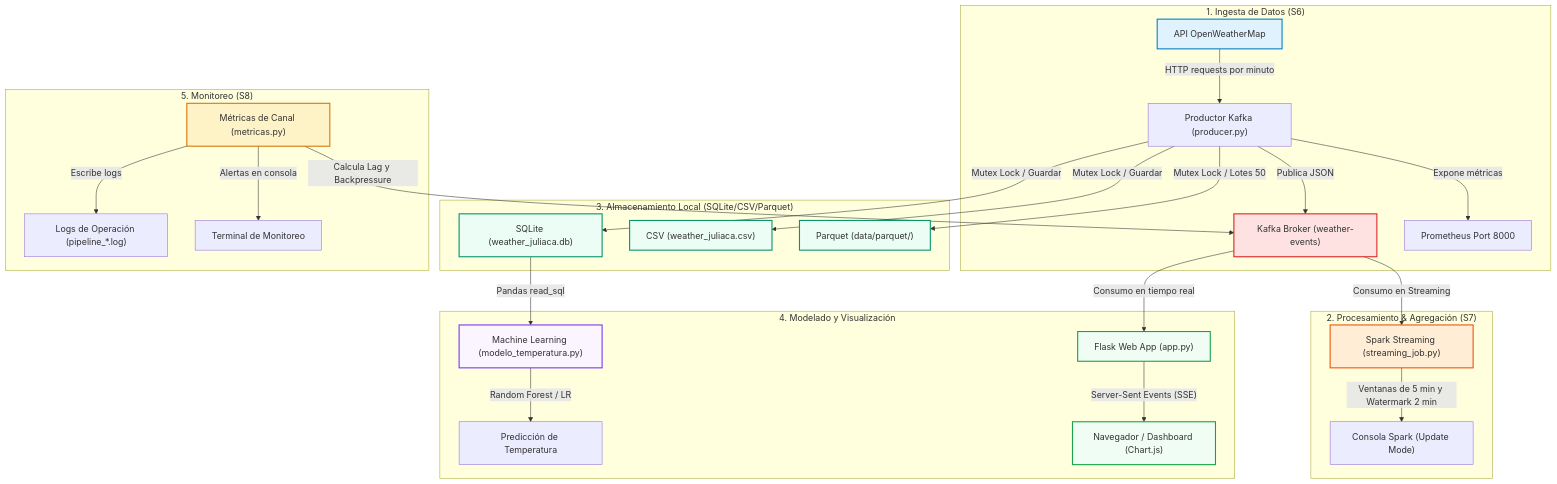
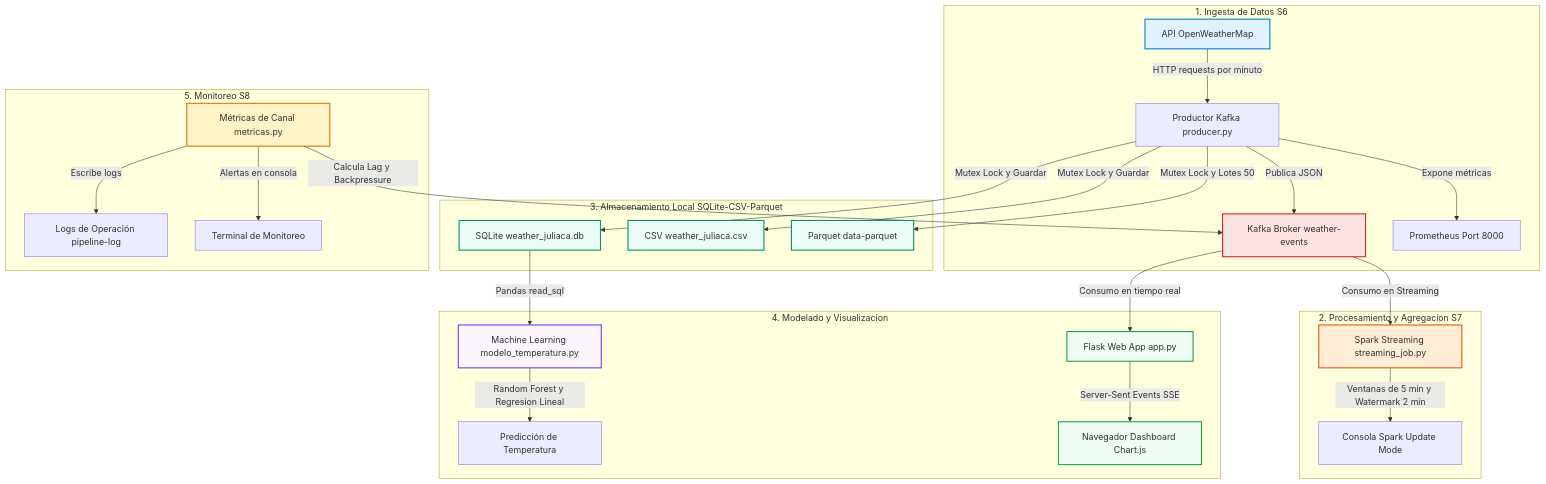
The diagram in docs/index.md (Samuel-910/weather-pipeline-juliaca), drawn with Mermaid before and after one commit.

Commit message:
fix: simplificar sintaxis de Mermaid en index.md sin parentesis ni barras

````diff
--- a/docs/index.md
+++ b/docs/index.md
@@ -13,45 +13,45 @@
 ```mermaid
 graph TD
-    subgraph Ingesta["1. Ingesta de Datos (S6)"]
-        OWM["API OpenWeatherMap"] -->|"HTTP requests por minuto"| Prod["Productor Kafka (producer.py)"]
-        Prod -->|"Publica JSON"| Kafka["Kafka Broker (weather-events)"]
+    subgraph Ingesta["1. Ingesta de Datos S6"]
+        OWM["API OpenWeatherMap"] -->|"HTTP requests por minuto"| Prod["Productor Kafka producer.py"]
+        Prod -->|"Publica JSON"| Kafka["Kafka Broker weather-events"]
         Prod -->|"Expone métricas"| Prom1["Prometheus Port 8000"]
     end
 
-    subgraph Procesamiento["2. Procesamiento & Agregación (S7)"]
-        Kafka -->|"Consumo en Streaming"| Spark["Spark Streaming (streaming_job.py)"]
-        Spark -->|"Ventanas de 5 min y Watermark 2 min"| console["Consola Spark (Update Mode)"]
+    subgraph Procesamiento["2. Procesamiento y Agregacion S7"]
+        Kafka -->|"Consumo en Streaming"| Spark["Spark Streaming streaming_job.py"]
+        Spark -->|"Ventanas de 5 min y Watermark 2 min"| console["Consola Spark Update Mode"]
     end
 
-    subgraph Almacenamiento["3. Almacenamiento Local (SQLite/CSV/Parquet)"]
-        Prod -->|"Mutex Lock / Guardar"| DB["SQLite (weather_juliaca.db)"]
-        Prod -->|"Mutex Lock / Guardar"| CSV["CSV (weather_juliaca.csv)"]
-        Prod -->|"Mutex Lock / Lotes 50"| Parquet["Parquet (data/parquet/)"]
+    subgraph Almacenamiento["3. Almacenamiento Local SQLite-CSV-Parquet"]
+        Prod -->|"Mutex Lock y Guardar"| DB["SQLite weather_juliaca.db"]
+        Prod -->|"Mutex Lock y Guardar"| CSV["CSV weather_juliaca.csv"]
+        Prod -->|"Mutex Lock y Lotes 50"| Parquet["Parquet data-parquet"]
     end
 
-    subgraph ConsumoML["4. Modelado y Visualización"]
-        DB -->|"Pandas read_sql"| ML["Machine Learning (modelo_temperatura.py)"]
-        ML -->|"Random Forest / LR"| Pred["Predicción de Temperatura"]
+    subgraph ConsumoML["4. Modelado y Visualizacion"]
+        DB -->|"Pandas read_sql"| ML["Machine Learning modelo_temperatura.py"]
+        ML -->|"Random Forest y Regresion Lineal"| Pred["Predicción de Temperatura"]
         
-        Kafka -->|"Consumo en tiempo real"| Dash["Flask Web App (app.py)"]
-        Dash -->|"Server-Sent Events (SSE)"| Web["Navegador / Dashboard (Chart.js)"]
+        Kafka -->|"Consumo en tiempo real"| Dash["Flask Web App app.py"]
+        Dash -->|"Server-Sent Events SSE"| Web["Navegador Dashboard Chart.js"]
     end
 
-    subgraph Observabilidad["5. Monitoreo (S8)"]
-        Metric["Métricas de Canal (metricas.py)"]
+    subgraph Observabilidad["5. Monitoreo S8"]
+        Metric["Métricas de Canal metricas.py"]
         Metric -->|"Calcula Lag y Backpressure"| Kafka
-        Metric -->|"Escribe logs"| Logs["Logs de Operación (pipeline_*.log)"]
+        Metric -->|"Escribe logs"| Logs["Logs de Operación pipeline-log"]
         Metric -->|"Alertas en consola"| Terminal["Terminal de Monitoreo"]
     end
 
     style OWM fill:#e0f2fe,stroke:#0284c7,stroke-width:2px
     style Kafka fill:#fee2e2,stroke:#dc2626,stroke-width:2px
     style Spark fill:#ffedd5,stroke:#ea580c,stroke-width:2px
     style DB fill:#ecfdf5,stroke:#059669,stroke-width:2px
     style CSV fill:#ecfdf5,stroke:#059669,stroke-width:2px
     style Parquet fill:#ecfdf5,stroke:#059669,stroke-width:2px
     style ML fill:#faf5ff,stroke:#7c3aed,stroke-width:2px
     style Dash fill:#f0fdf4,stroke:#16a34a,stroke-width:2px
     style Web fill:#f0fdf4,stroke:#16a34a,stroke-width:2px
     style Metric fill:#fef3c7,stroke:#d97706,stroke-width:2px
 ```
````
